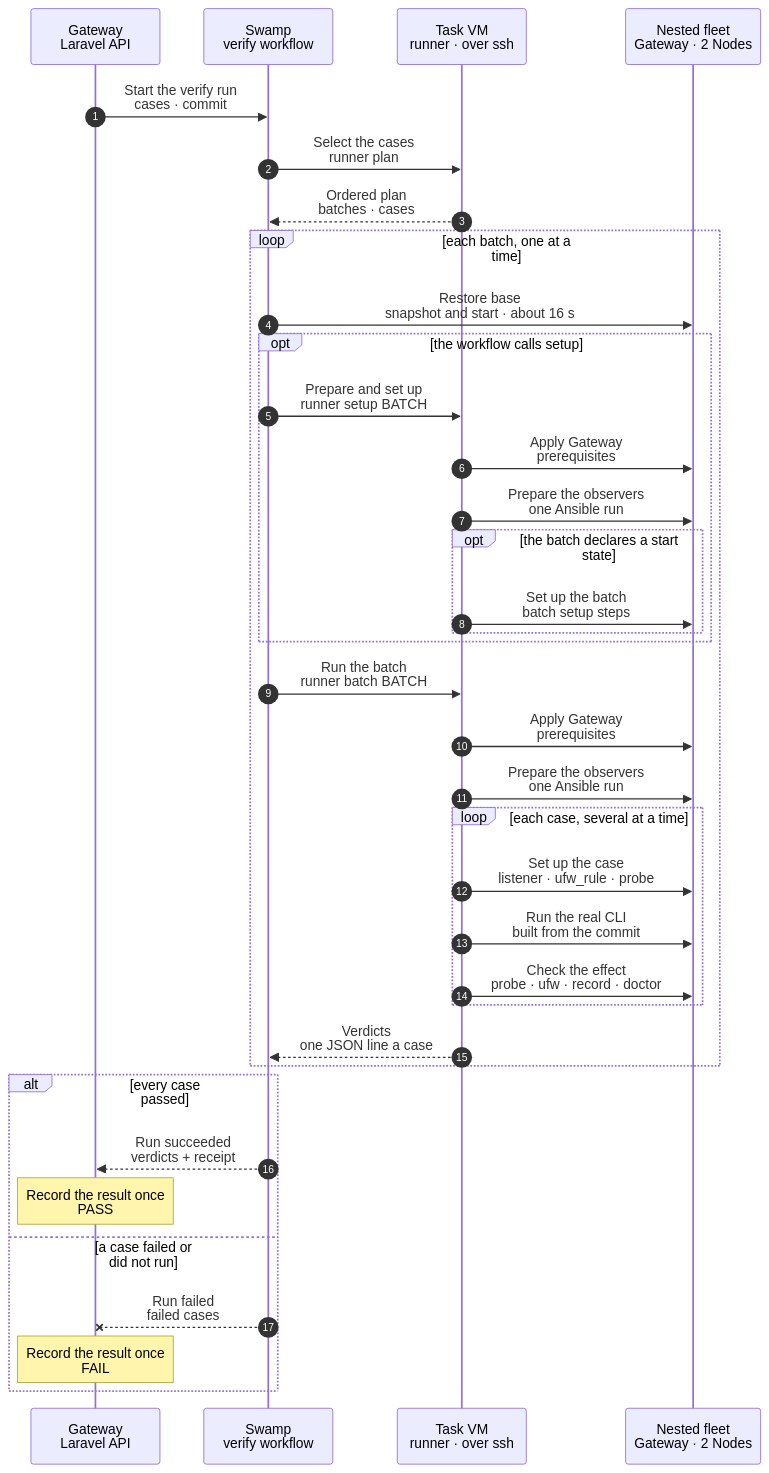
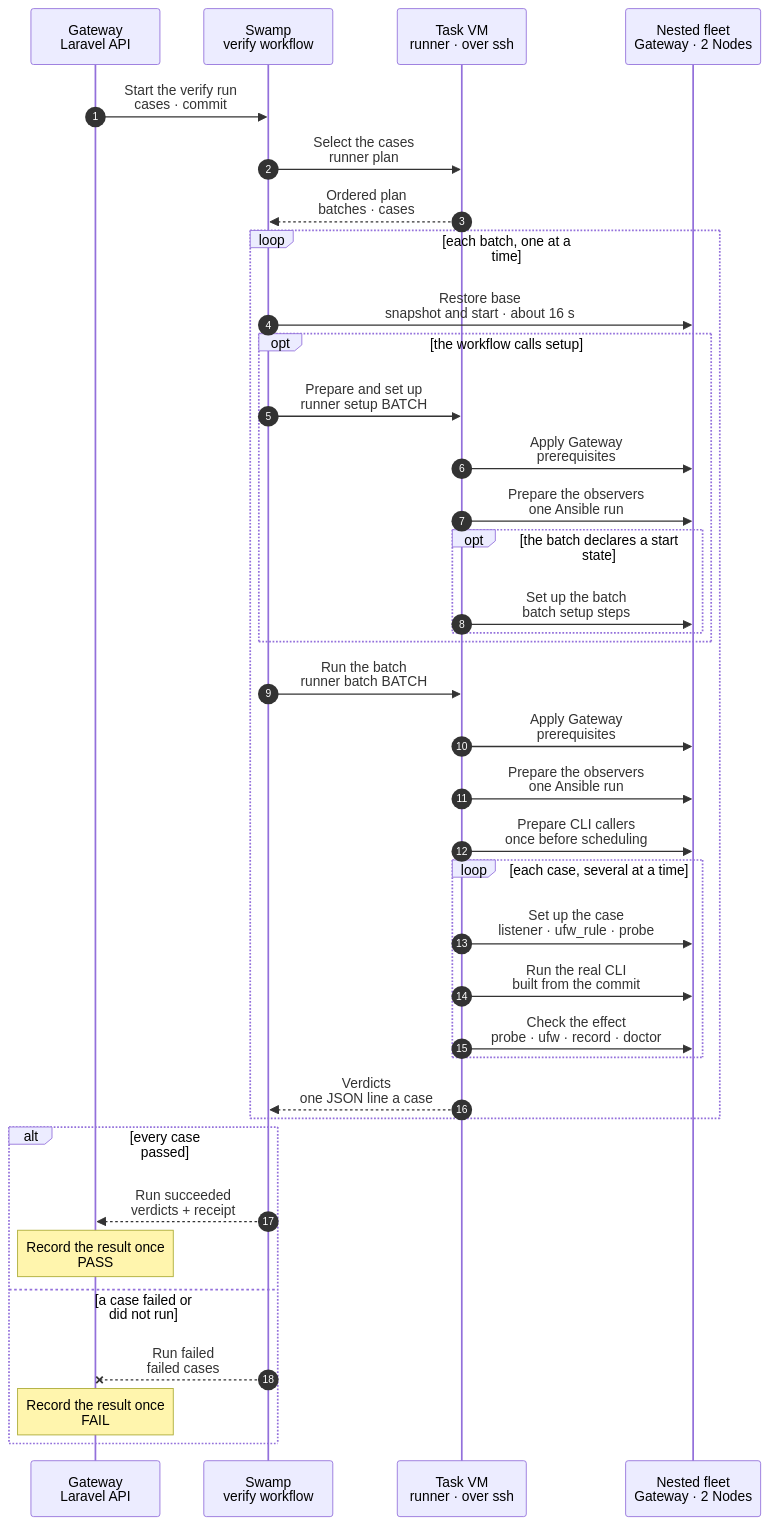
Before and after one commit to hardimpactdev/orbit: the diagram in docs/reference/pipeline/3-proof-runner.mmd, drawn with Mermaid. The commit also changed 13 other files, not shown here.

First line of the commit message:
feat(proof): share each Node among read-only cases (#3236)

```diff
--- a/docs/reference/pipeline/3-proof-runner.mmd
+++ b/docs/reference/pipeline/3-proof-runner.mmd
@@ -1,82 +1,87 @@
 sequenceDiagram
-  %% Target design: the proof runner inside stage 3 of the command development pipeline (design: reference/verification-cases). One shared runner executes the cases of one command; each batch restores the task's base snapshot once, cases use their own resources and undo nothing, the cases of a batch run in one step, several at a time on different Nodes; a case is a specification built from a fixed set of steps. Orbit's own Swamp runs the runner over SSH in the task VM, as part of the "Run the proof" child of proof:run. The Gateway only admits the request and records the verdicts.
+  %% Target design: the proof runner inside stage 3 of the command development pipeline (design: reference/verification-cases). One shared runner executes the cases of one command; each batch restores the task's base snapshot once, cases use their own resources and undo nothing, the cases of a batch run in one step, several at a time with readers sharing each Node; a case is a specification built from a fixed set of steps. Orbit's own Swamp runs the runner over SSH in the task VM, as part of the "Run the proof" child of proof:run. The Gateway only admits the request and records the verdicts.
   %% status: draft
   %% command: development pipeline stage 3 · proof runner
   %% kind: pipeline.3-proof-runner
   autonumber
   %% lane GW icon=gateway pill=intent tone=blue
   %% lane SW icon=workflow pill=executes tone=green
   %% lane VM icon=server pill=target tone=purple
   %% lane NT icon=server pill=fleet tone=amber
   participant GW as Gateway<br/>Laravel API
   participant SW as Swamp<br/>verify workflow
   participant VM as Task VM<br/>runner · over ssh
   participant NT as Nested fleet<br/>Gateway · 2 Nodes
   GW->>SW: Start the verify run<br/>cases · commit
   %%> Inputs:
   %%> - the commit and the one command whose cases run; in CI, `proof:run` proves each affected command separately
   %%> Why:
   %%> - the Gateway only authorizes; Swamp owns the run and its state
   SW->>VM: Select the cases<br/>runner plan
   %%> What it does:
   %%> - reads the command's cases file at the tested commit
   %%> - refuses a case with an unknown step, an unknown chart path or no batch
   %%> - lists the chart paths, options and codes that no case covers
   %%> - groups the cases by batch, in the order of `swamp/proof/batches.yaml`; inside a batch, in file order
   %%> - `runner plan --lines` prints one line a batch, `BATCH SETUP CASE...`, which the workflow reads; the workflow `proof-fleet-verify` is built
   VM-->>SW: Ordered plan<br/>batches · cases
   loop each batch, one at a time
     SW->>NT: Restore base<br/>snapshot and start · about 16 s
     %%> What it does:
     %%> - restores the task's plain snapshot `base` of the three nested containers (a reboot); skipped when the fleet is still at `base`, as for the first batch
     %%> - a restore that fails or is not healthy within 45 s stops the run; the cases that did not run become `unrun` with cause `infrastructure`
     %%> - built, not yet passed live: the step is the workflow `proof-fleet-restore` (restore, start, boot wait, readiness, apply the checkout), which `proof-fleet-verify-batch` calls; 0 of 2 runs succeeded by 2026-11-06; the old `runner restore` was removed
     opt the workflow calls setup
       SW->>VM: Prepare and set up<br/>runner setup BATCH
       %%> New workflows always call setup. Older released workflows may skip it for a batch without setup steps.
       VM->>NT: Apply Gateway<br/>prerequisites
       VM->>NT: Prepare the observers<br/>one Ansible run
       %%> Installs the candidate pin using Node convergence's checksum-verified atomic replacement task. Stops all observers, discards old host receipts, starts the observers and waits for the Gateway to record each expected version plus a new host fact. No new base snapshot.
       %%> Preparation has its own 330-second bound. Setup gets a separate 120 seconds within the 480-second transport limit.
       opt the batch declares a start state
         VM->>NT: Set up the batch<br/>batch setup steps
       end
     end
     SW->>VM: Run the batch<br/>runner batch BATCH
     %%> What it does:
     %%> - one Swamp step runs every case of the batch; the runner reads the fleet once
-    %%> - the cases that share the fleet run several at a time (the `parallel` key of the cases file, 4 by default), never two on one Node: each case acts on one Node of the cases file's `spread`, and the Gateway lets one firewall write run on a Node at a time
-    %%> - the cases that change or compare what every case shares (the Operation list, a fault, a held lock) run alone, after the others
+    %%> - the cases run several at a time (the `parallel` key of the cases file, 4 by default), on the Nodes of the cases file's `spread`
+    %%> - cases that change nothing are readers: several may read one Node together; a writer, including a fault or a held lock, is the only case on its Node until it ends
+    %%> - resolve every CLI call's write kind and target before granting locks; a cross-Node or unresolved target, or a command without a known write scope, runs alone with an unfiltered Operation audit
+    %%> - `request: none` audits the actual CLI call; `operations` compares every CLI step's scope, with filters before selecting the newest page and newest IDs detecting added Operations
+    %%> - cases that change the shared fleet (`agent_report`, `node_down`, `node_access_remove`, `ipv6_addresses`, `node_fixture`, `recorded_request`), read every Node, work on another Node or set `exclusive: true` run alone, after the others
     %%> - no restore after a failed case: cases use their own resources, undo nothing, and the next batch restores anyway
     %%> Result:
     %%> - one verdict line a case, those that did not pass first; the full receipt of each stays in the evidence directory
     VM->>NT: Apply Gateway<br/>prerequisites
     VM->>NT: Prepare the observers<br/>one Ansible run
     %%> The batch always prepares independently, even if setup succeeded or an older workflow skipped setup. A preparation failure prints infrastructure failures and starts no case. Direct runner case calls require the same preparation.
+    VM->>NT: Prepare CLI callers<br/>once before scheduling
+    %%> Mounts the checkout and prepares the CLI home, CA and profile on each Node required by cli.as. No caller preparation writes occur during cases. Direct runner case calls prepare their caller too. A preparation failure starts no case.
     loop each case, several at a time
       VM->>NT: Set up the case<br/>listener · ufw_rule · probe
       %%> What it does:
       %%> - builds the starting state, then probes it, for example a blocked port and a working control port
       %%> - a bound firewall anchor matches the current case's tuple and comment for the same protocol, so a repeated comment from an earlier case or another protocol cannot select its rule
       %%> When:
       %%> - a failed setup step ends the case as `unrun`; it is not a pass
       VM->>NT: Run the real CLI<br/>built from the commit
       %%> What it does:
       %%> - the `act` steps call the command through its real interface and check exit status, result code and skip reason
       VM->>NT: Check the effect<br/>probe · ufw · record · doctor
       %%> What it does:
       %%> - the `expect` steps check traffic, rule order, the Gateway record and Doctor
       %%> - every step runs, so one verdict lists all failures
     end
     VM-->>SW: Verdicts<br/>one JSON line a case
     %%> Returns:
     %%> - the case id, `passed`, `failed` (cause `assertion` or `infrastructure`) or `unrun` (cause `precondition`), the failed checks and the seconds
-    %%> - Swamp cuts a step's output at 4096 bytes: the runner prints the lines that did not pass first, and counts the lines it had to leave out; a case without a line is reported as having printed no verdict
+    %%> - keeps every verdict line in the full result artifact, with those that did not pass first; the separate 4 KiB history tail is not the report
   end
   alt every case passed
     SW-->>GW: Run succeeded<br/>verdicts + receipt
     Note over GW: Record the result once<br/>PASS
   else a case failed or did not run
     SW--xGW: Run failed<br/>failed cases
     Note over GW: Record the result once<br/>FAIL
   end
```
